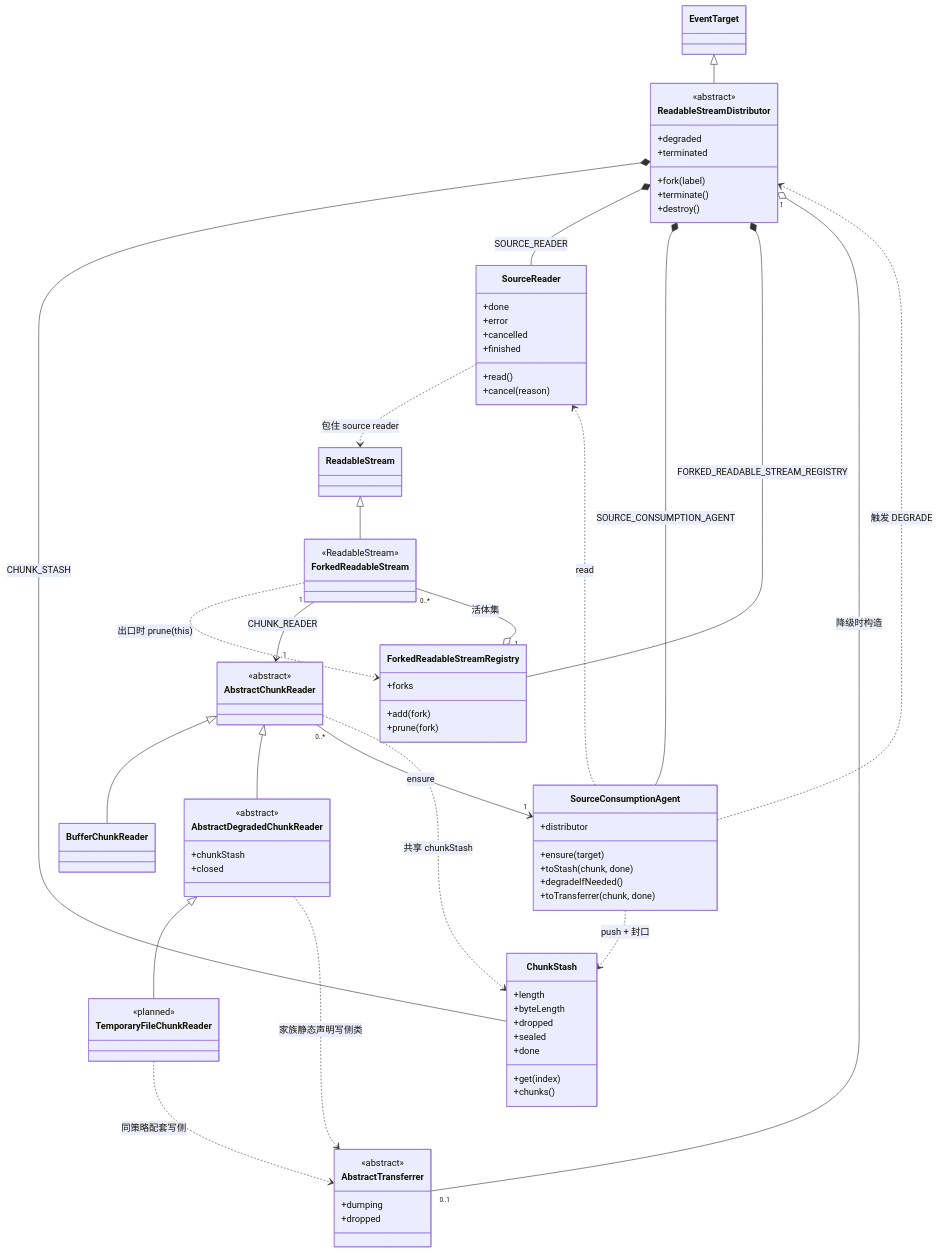
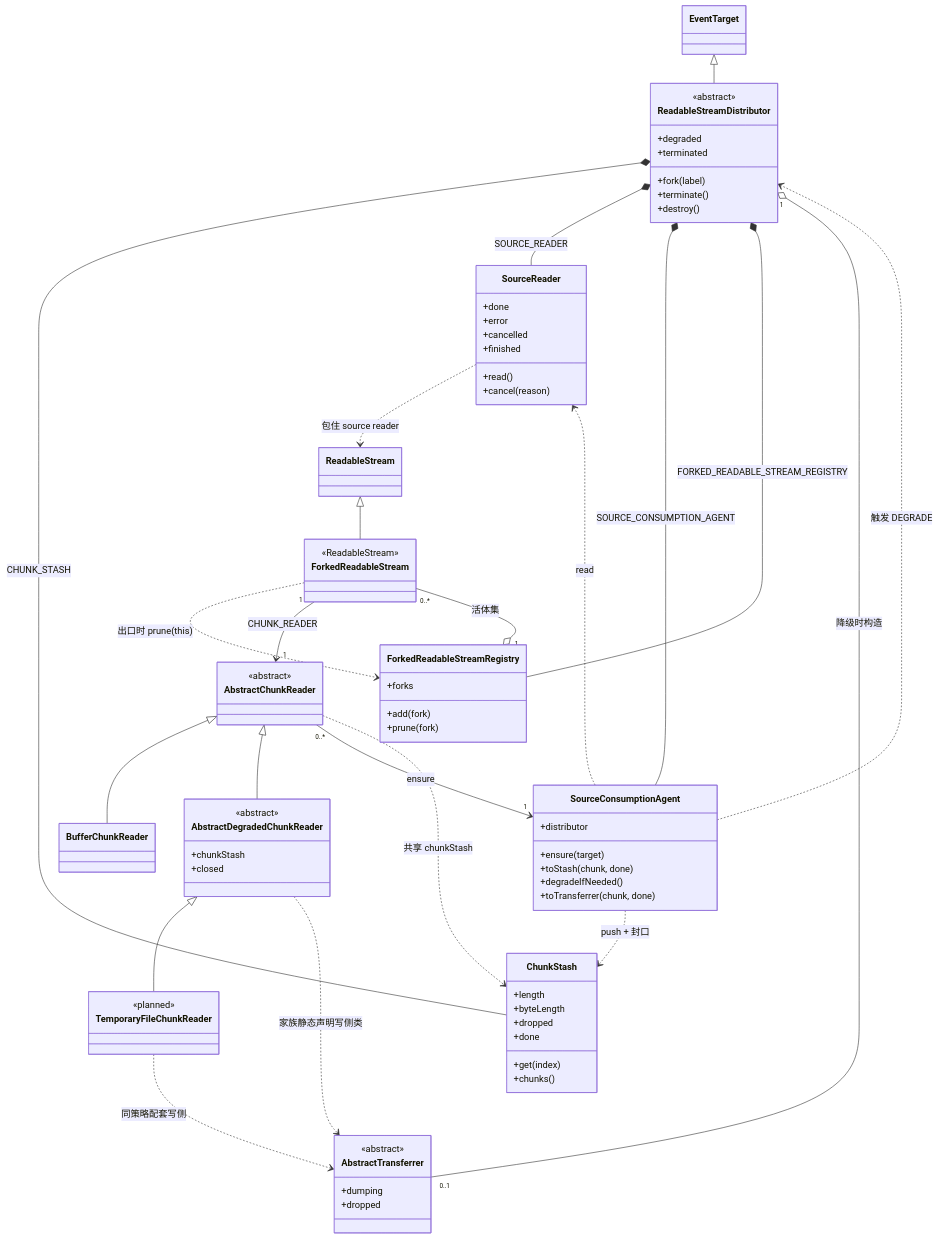
The second of 6 diagrams in DESIGN.md (produck/node-readable-stream-distributor), drawn with Mermaid before and after one commit. The commit also changed other lines of this file and 5 other files, not shown here.

```diff
--- a/DESIGN.md
+++ b/DESIGN.md
@@ -149,7 +149,6 @@
         +length
         +byteLength
         +dropped
-        +sealed
         +done
         +get(index)
         +chunks()
```
